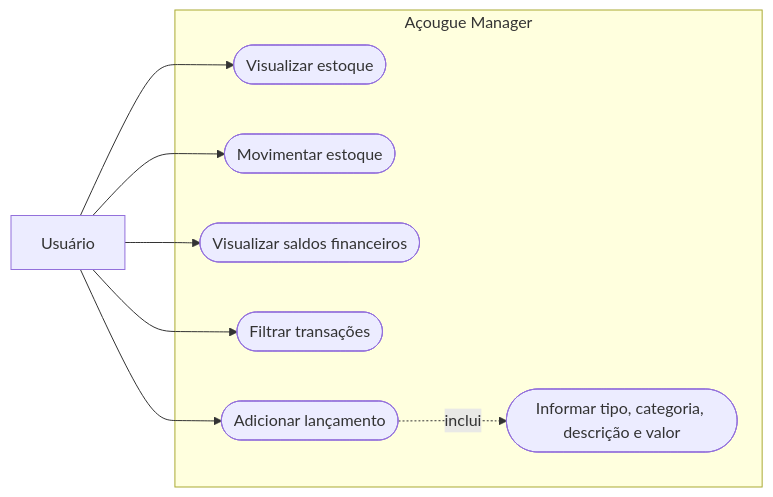
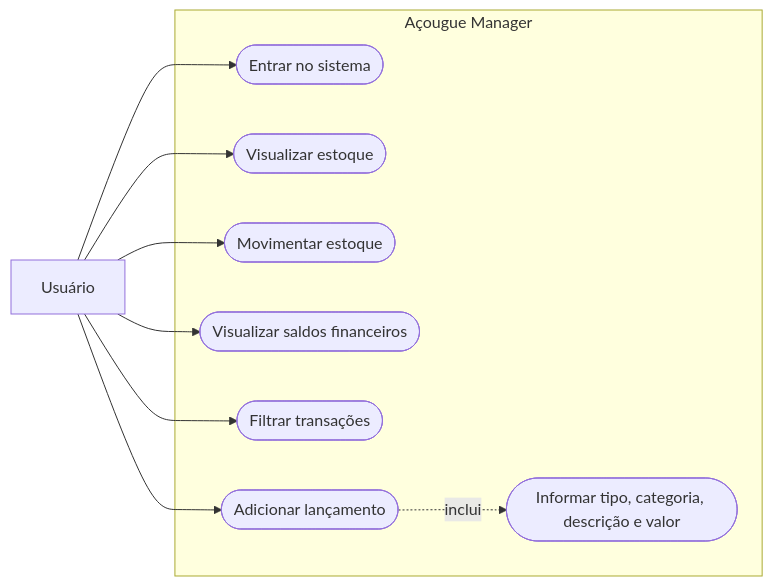
The second of 3 diagrams in COMO-INICIAR.md (FontanaLeo/acougue-manager), drawn with Mermaid before and after one commit. The commit also changed other lines of this file and 107 other files, not shown here.

````diff
--- a/COMO-INICIAR.md
+++ b/COMO-INICIAR.md
@@ -84,20 +90,22 @@
 ```mermaid
 flowchart LR
     usuario[Usuário]
 
     subgraph sistema [Açougue Manager]
+        UC0([Entrar no sistema])
         UC1([Visualizar estoque])
         UC2([Movimentar estoque])
         UC3([Visualizar saldos financeiros])
         UC4([Filtrar transações])
         UC5([Adicionar lançamento])
         UC6([Informar tipo, categoria, descrição e valor])
     end
 
+    usuario --> UC0
     usuario --> UC1
     usuario --> UC2
     usuario --> UC3
     usuario --> UC4
     usuario --> UC5
     UC5 -. inclui .-> UC6
 ```
````
